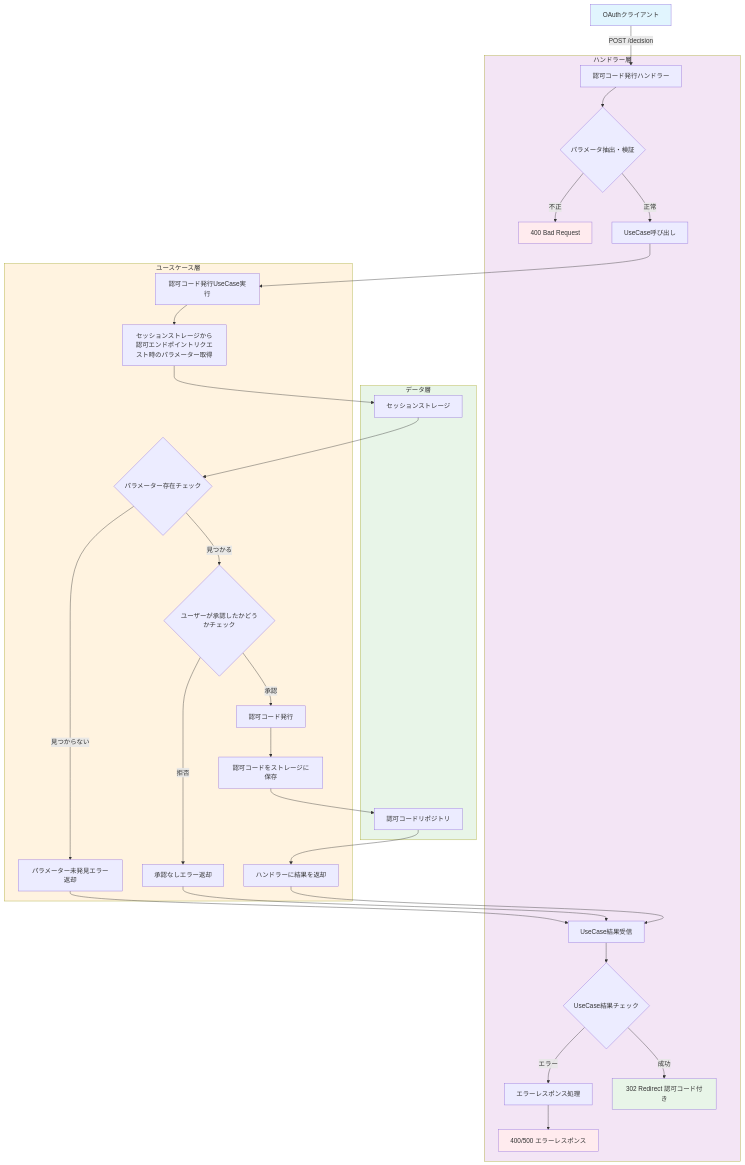
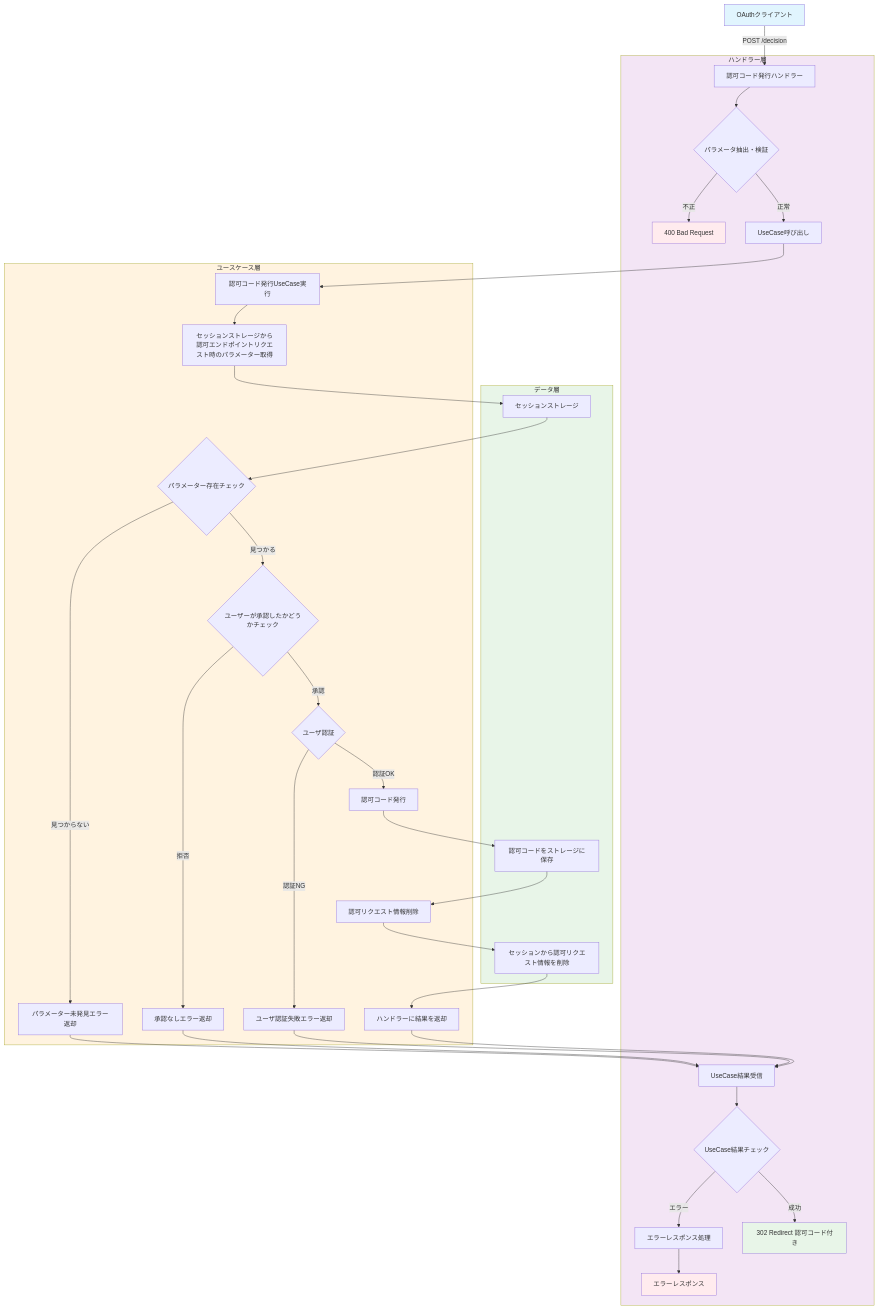
The diagram in docs/publish_authorizationcode/flow.md (tetsuya-azami/oauth-tutorial), drawn with Mermaid before and after one commit.

Commit message:
認可コード発行フローチャート修正

````diff
--- a/docs/publish_authorizationcode/flow.md
+++ b/docs/publish_authorizationcode/flow.md
@@ -1,69 +1,77 @@
 ```mermaid
 flowchart TD
     OAUTH_CLIENT[OAuthクライアント] -->|POST /decision| AUTH_HANDLER[認可コード発行ハンドラー]
 
     AUTH_HANDLER --> EXTRACT_VALIDATE_PARAMS{パラメータ抽出・検証}
     EXTRACT_VALIDATE_PARAMS -->|不正| BAD_REQUEST_RESPONSE[400 Bad Request]
     EXTRACT_VALIDATE_PARAMS -->|正常| CALL_USECASE[UseCase呼び出し]
 
     CALL_USECASE --> USECASE_EXECUTE[認可コード発行UseCase実行]
     USECASE_EXECUTE --> GET_PARAMETER_FROM_SESSION[セッションストレージから認可エンドポイントリクエスト時のパラメーター取得]
     GET_PARAMETER_FROM_SESSION --> SESSION_STORAGE[セッションストレージ]
     SESSION_STORAGE --> PARAMETER_EXISTS_CHECK{パラメーター存在チェック}
 
     PARAMETER_EXISTS_CHECK -->|見つからない| RETURN_PARAMETER_NOT_FOUND[パラメーター未発見エラー返却]
     RETURN_PARAMETER_NOT_FOUND --> RECEIVE_USECASE_RESULT[UseCase結果受信]
     PARAMETER_EXISTS_CHECK -->|見つかる| CHECK_IS_APPROVED{ユーザーが承認したかどうかチェック}
     CHECK_IS_APPROVED -->|拒否| ERR_NOT_APPROVED[承認なしエラー返却]
     ERR_NOT_APPROVED --> RECEIVE_USECASE_RESULT
-    CHECK_IS_APPROVED -->|承認| PUBLISH_AUTHORIZATION_CODE[認可コード発行]
+    CHECK_IS_APPROVED -->|承認| AUTHENTICATE_USER{ユーザ認証}
+    AUTHENTICATE_USER-->|認証OK| PUBLISH_AUTHORIZATION_CODE
+    AUTHENTICATE_USER-->|認証NG| USER_AUTHENTICATION_ERROR
+    USER_AUTHENTICATION_ERROR[ユーザ認証失敗エラー返却] --> RECEIVE_USECASE_RESULT
+    PUBLISH_AUTHORIZATION_CODE[認可コード発行]
     PUBLISH_AUTHORIZATION_CODE --> SAVE_AUTH_CODE_TO_STORAGE[認可コードをストレージに保存]
-    SAVE_AUTH_CODE_TO_STORAGE --> AUTH_CODE_REPOSITORY[認可コードリポジトリ]
-    AUTH_CODE_REPOSITORY --> SEND_RESULT_TO_HANDLER[ハンドラーに結果を返却]
+    SAVE_AUTH_CODE_TO_STORAGE --> REMOVE_AUTH_PARAM[認可コードリポジトリ]
+    REMOVE_AUTH_PARAM[認可リクエスト情報削除] --> REMOVE_AUTH_PARAM_FROM_SESSION[セッションから認可リクエスト情報を削除]
+    REMOVE_AUTH_PARAM_FROM_SESSION --> SEND_RESULT_TO_HANDLER[ハンドラーに結果を返却]
     SEND_RESULT_TO_HANDLER --> RECEIVE_USECASE_RESULT
 
     RECEIVE_USECASE_RESULT --> CHECK_USECASE_RESULT{UseCase結果チェック}
     CHECK_USECASE_RESULT -->|エラー| HANDLE_ERROR_RESPONSE[エラーレスポンス処理]
-    HANDLE_ERROR_RESPONSE --> ERROR_RESPONSE[400/500 エラーレスポンス]
+    HANDLE_ERROR_RESPONSE --> ERROR_RESPONSE[エラーレスポンス]
 
     CHECK_USECASE_RESULT -->|成功| REDIRECT_WITH_AUTH_CODE[302 Redirect 認可コード付き]
 
 	HANDLER_AREA~~~USECASE_AREA~~~DB_AREA
 
     subgraph HANDLER_AREA["ハンドラー層"]
         AUTH_HANDLER
         EXTRACT_VALIDATE_PARAMS
         BAD_REQUEST_RESPONSE
         CALL_USECASE
         RECEIVE_USECASE_RESULT
         CHECK_USECASE_RESULT
         HANDLE_ERROR_RESPONSE
         ERROR_RESPONSE
         REDIRECT_WITH_AUTH_CODE
     end
 
     subgraph USECASE_AREA["ユースケース層"]
         USECASE_EXECUTE
         CHECK_IS_APPROVED
         ERR_NOT_APPROVED
         GET_PARAMETER_FROM_SESSION
         PARAMETER_EXISTS_CHECK
         RETURN_PARAMETER_NOT_FOUND
+        AUTHENTICATE_USER
+        USER_AUTHENTICATION_ERROR
         PUBLISH_AUTHORIZATION_CODE
-        SAVE_AUTH_CODE_TO_STORAGE
+        REMOVE_AUTH_PARAM
         SEND_RESULT_TO_HANDLER
     end
 
     subgraph DB_AREA["データ層"]
         SESSION_STORAGE
-        AUTH_CODE_REPOSITORY
+        SAVE_AUTH_CODE_TO_STORAGE
+        REMOVE_AUTH_PARAM_FROM_SESSION
     end
 
     style OAUTH_CLIENT fill:#e1f5fe
     style HANDLER_AREA fill:#f3e5f5
     style USECASE_AREA fill:#fff3e0
     style DB_AREA fill:#e8f5e8
     style BAD_REQUEST_RESPONSE fill:#ffebee
     style ERROR_RESPONSE fill:#ffebee
     style REDIRECT_WITH_AUTH_CODE fill:#e8f5e8
 ```
````
